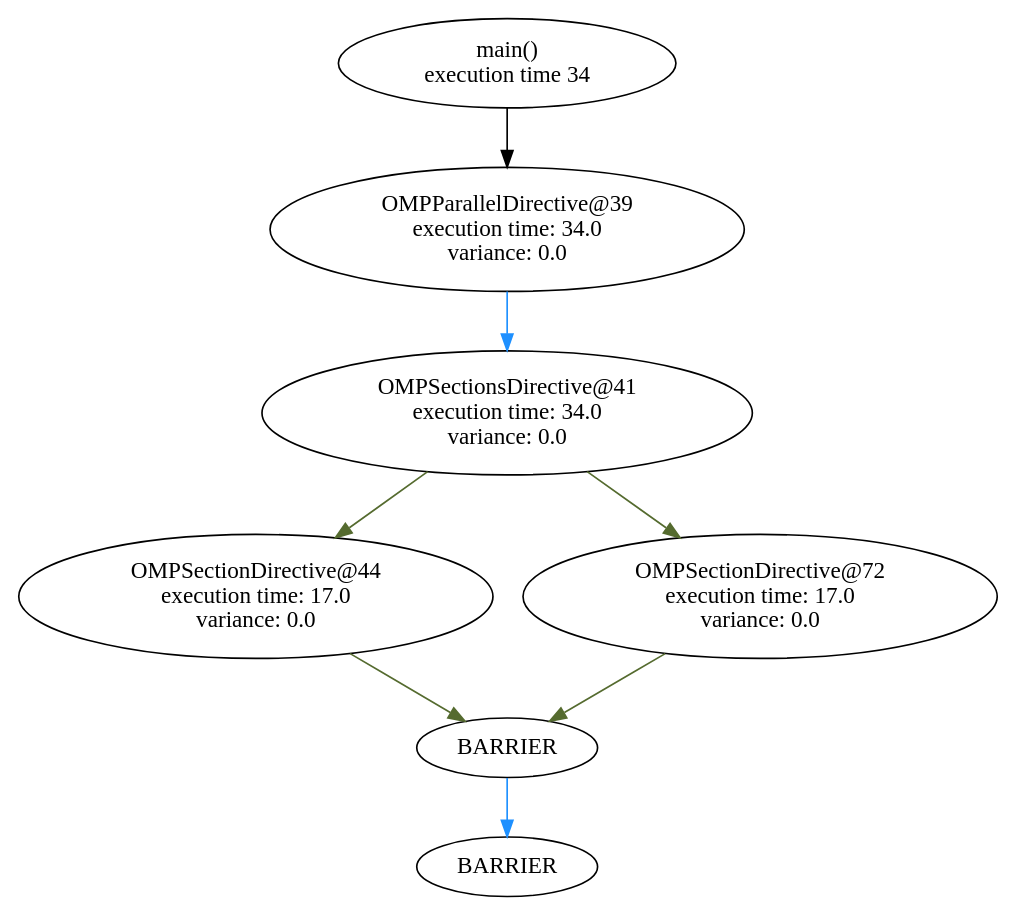
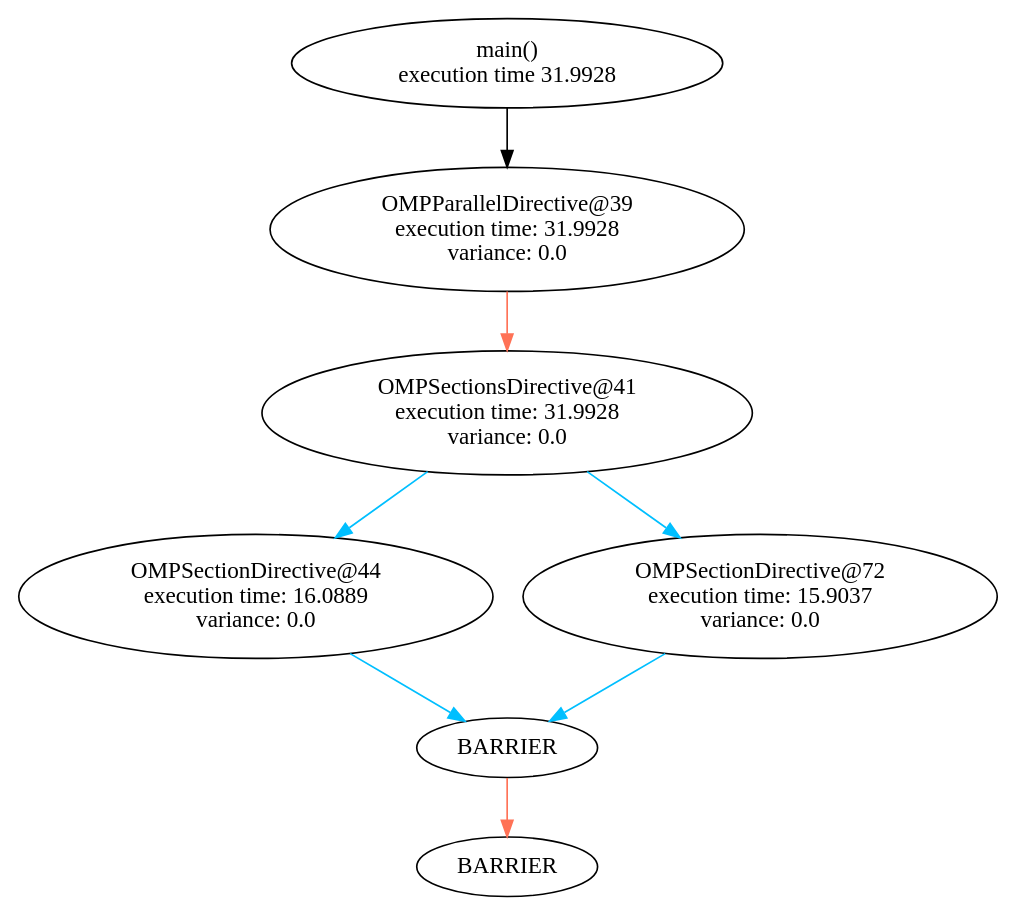
One commit to filippobrizzi/soma changed the diagram in graph_sched/graphs/main_flow.dot. Above: the diagram before and after it, drawn with Graphviz. The commit also changed 21 other files, not shown here.

```diff
--- a/graph_sched/graphs/main_flow.dot
+++ b/graph_sched/graphs/main_flow.dot
@@ -1,52 +1,52 @@
 digraph G {
 	graph [bb="0,0,500,534"];
 	node [label="\N"];
 	35	 [height=0.74639,
-		label="main()\nexecution time 34",
+		label="main()\nexecution time 31.9928",
 		pos="250,507",
 		root=35,
-		width=2.3354];
+		width=3.0026];
 	39	 [height=1.041,
-		label="OMPParallelDirective@39\nexecution time: 34.0\nvariance: 0.0",
+		label="OMPParallelDirective@39\nexecution time: 31.9928\nvariance: 0.0",
 		pos="250,406",
 		root=35,
 		width=3.346];
 	35 -> 39	 [pos="e,250,443.63 250,479.99 250,471.91 250,462.75 250,453.72"];
 	41	 [height=1.041,
-		label="OMPSectionsDirective@41\nexecution time: 34.0\nvariance: 0.0",
+		label="OMPSectionsDirective@41\nexecution time: 31.9928\nvariance: 0.0",
 		pos="250,294",
 		root=35,
 		width=3.4507];
-	39 -> 41	 [color=dodgerblue,
+	39 -> 41	 [color=coral1,
 		pos="e,250,331.84 250,368.37 250,359.93 250,350.83 250,342.01"];
 	44	 [height=1.041,
-		label="OMPSectionDirective@44\nexecution time: 17.0\nvariance: 0.0",
+		label="OMPSectionDirective@44\nexecution time: 16.0889\nvariance: 0.0",
 		pos="120,182",
 		root=35,
 		width=3.346];
-	41 -> 44	 [color=darkolivegreen,
+	41 -> 44	 [color=deepskyblue,
 		pos="e,160.63,217.38 209.22,258.5 196.28,247.54 181.83,235.32 168.4,223.96"];
 	72	 [height=1.041,
-		label="OMPSectionDirective@72\nexecution time: 17.0\nvariance: 0.0",
+		label="OMPSectionDirective@72\nexecution time: 15.9037\nvariance: 0.0",
 		pos="380,182",
 		root=35,
 		width=3.346];
-	41 -> 72	 [color=darkolivegreen,
+	41 -> 72	 [color=deepskyblue,
 		pos="e,339.37,217.38 290.78,258.5 303.72,247.54 318.17,235.32 331.6,223.96"];
 	"41_end"	 [height=0.5,
 		label=BARRIER,
 		pos="250,90",
 		root=35,
 		width=1.4305];
-	44 -> "41_end"	 [color=darkolivegreen,
+	44 -> "41_end"	 [color=deepskyblue,
 		pos="e,227.72,106.42 168.41,147.49 185.42,135.71 204.07,122.8 219.23,112.3"];
 	"39_end"	 [height=0.5,
 		label=BARRIER,
 		pos="250,18",
 		root=35,
 		width=1.4305];
-	"41_end" -> "39_end"	 [color=dodgerblue,
+	"41_end" -> "39_end"	 [color=coral1,
 		pos="e,250,36.104 250,71.697 250,63.983 250,54.712 250,46.112"];
-	72 -> "41_end"	 [color=darkolivegreen,
+	72 -> "41_end"	 [color=deepskyblue,
 		pos="e,272.28,106.42 331.59,147.49 314.58,135.71 295.93,122.8 280.77,112.3"];
 }
```
